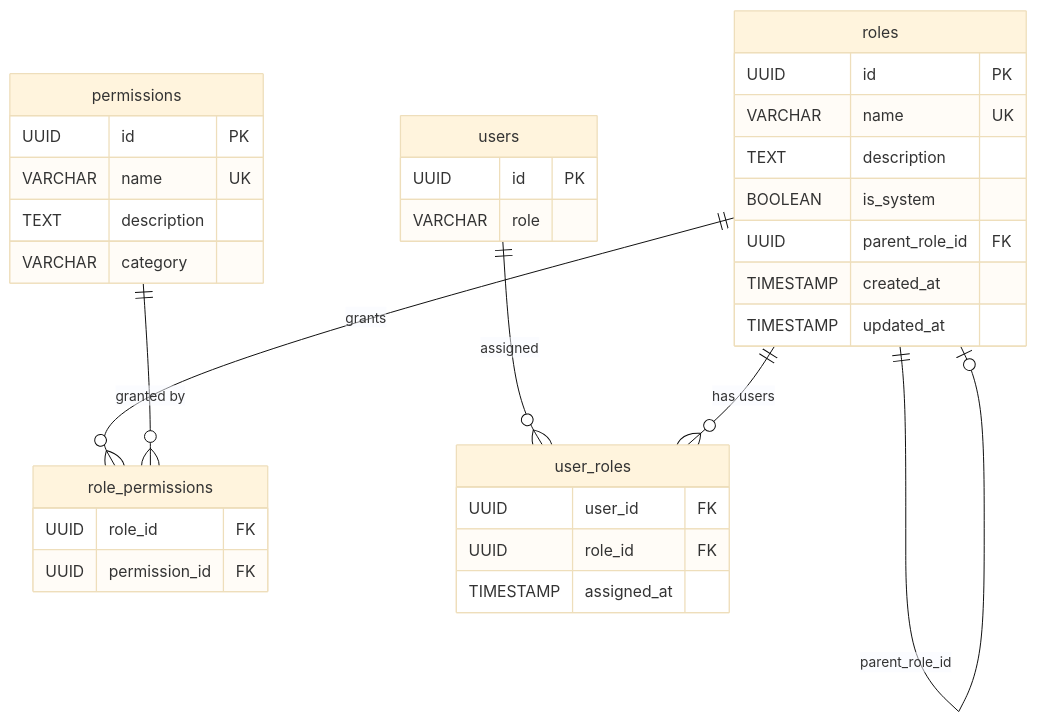
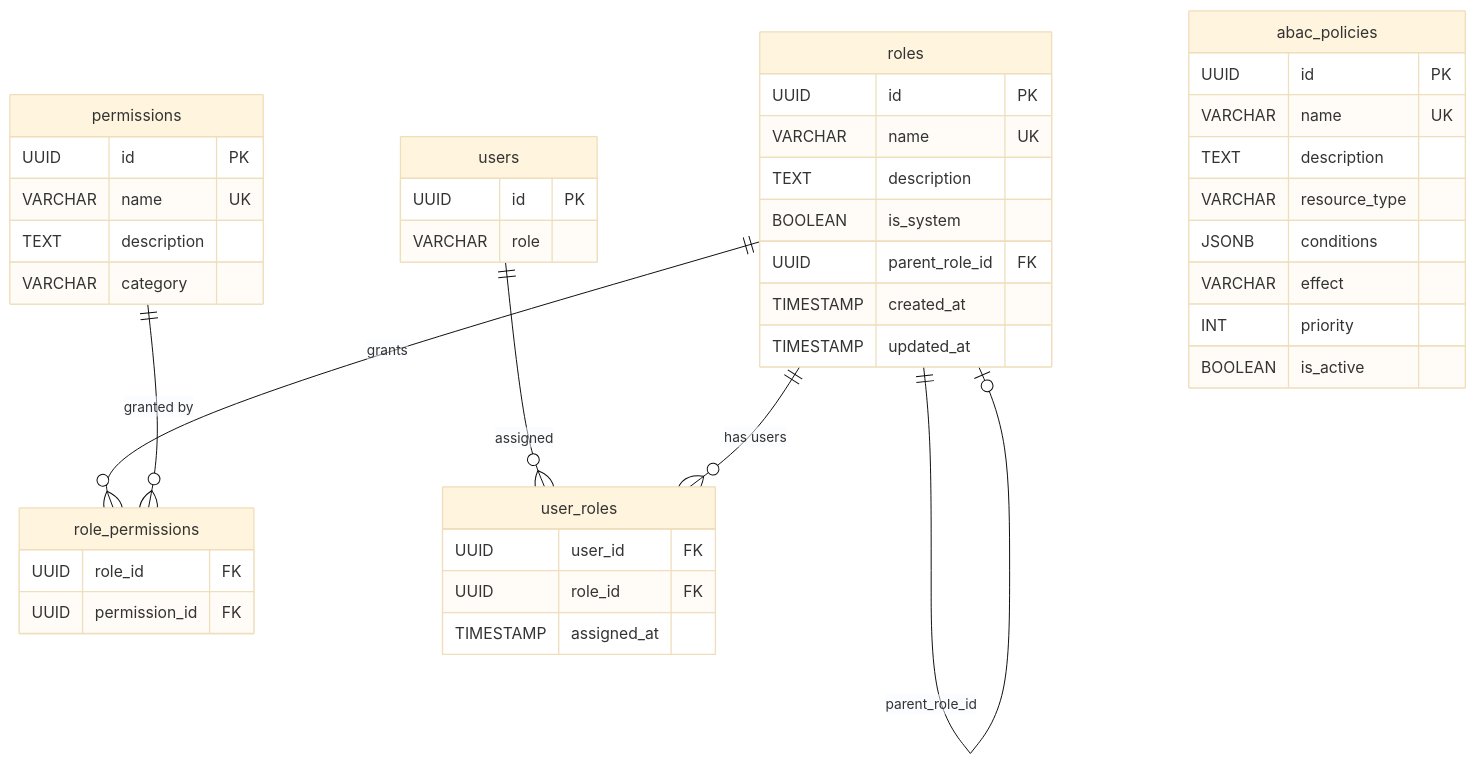
One commit to medease-uok/medease changed the fifth of 5 diagrams in docs/RBAC_POLICIES.md. Above: the diagram before and after it, drawn with Mermaid (base theme). The commit also changed other lines of this file and 18 other files, not shown here.

````diff
--- a/docs/RBAC_POLICIES.md
+++ b/docs/RBAC_POLICIES.md
@@ -323,37 +467,48 @@
 ```mermaid
 erDiagram
     users {
         UUID id PK
         VARCHAR role
     }
     roles {
         UUID id PK
         VARCHAR name UK
         TEXT description
         BOOLEAN is_system
         UUID parent_role_id FK
         TIMESTAMP created_at
         TIMESTAMP updated_at
     }
     permissions {
         UUID id PK
         VARCHAR name UK
         TEXT description
         VARCHAR category
     }
     role_permissions {
         UUID role_id FK
         UUID permission_id FK
     }
     user_roles {
         UUID user_id FK
         UUID role_id FK
         TIMESTAMP assigned_at
     }
 
     users ||--o{ user_roles : "assigned"
     roles ||--o{ user_roles : "has users"
     roles ||--o{ role_permissions : "grants"
     permissions ||--o{ role_permissions : "granted by"
     roles ||--o| roles : "parent_role_id"
+
+    abac_policies {
+        UUID id PK
+        VARCHAR name UK
+        TEXT description
+        VARCHAR resource_type
+        JSONB conditions
+        VARCHAR effect
+        INT priority
+        BOOLEAN is_active
+    }
 ```
````
